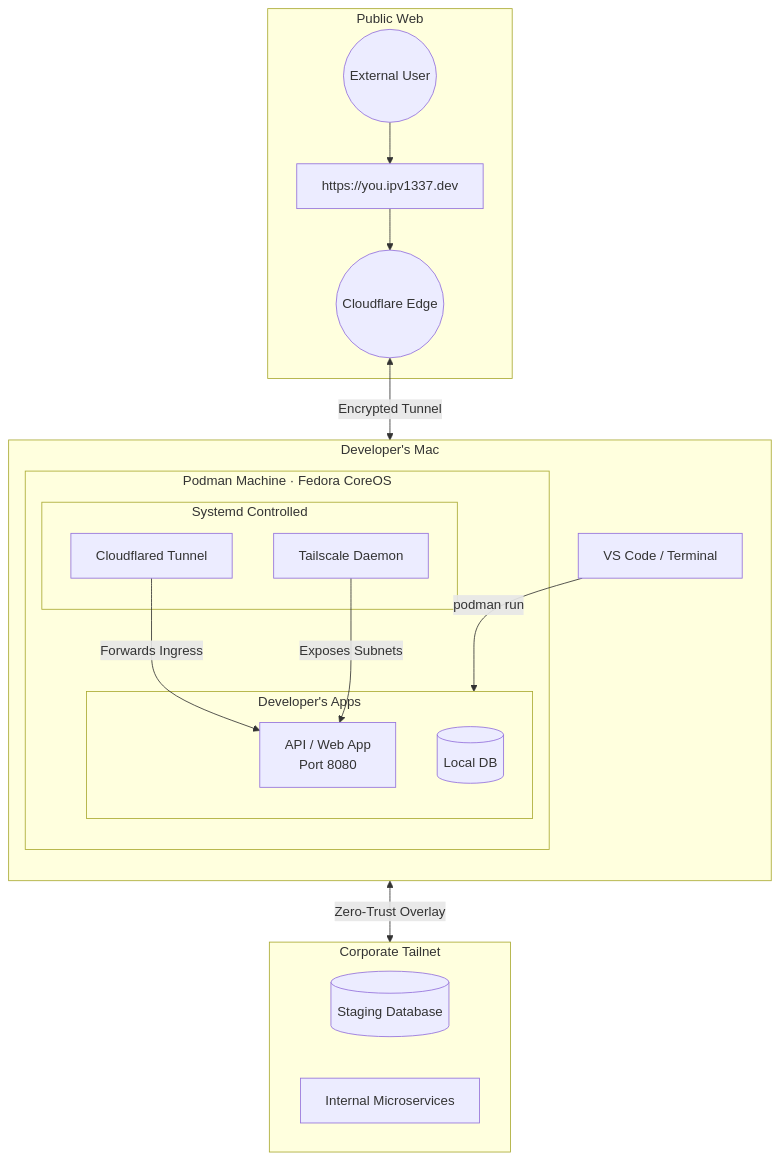
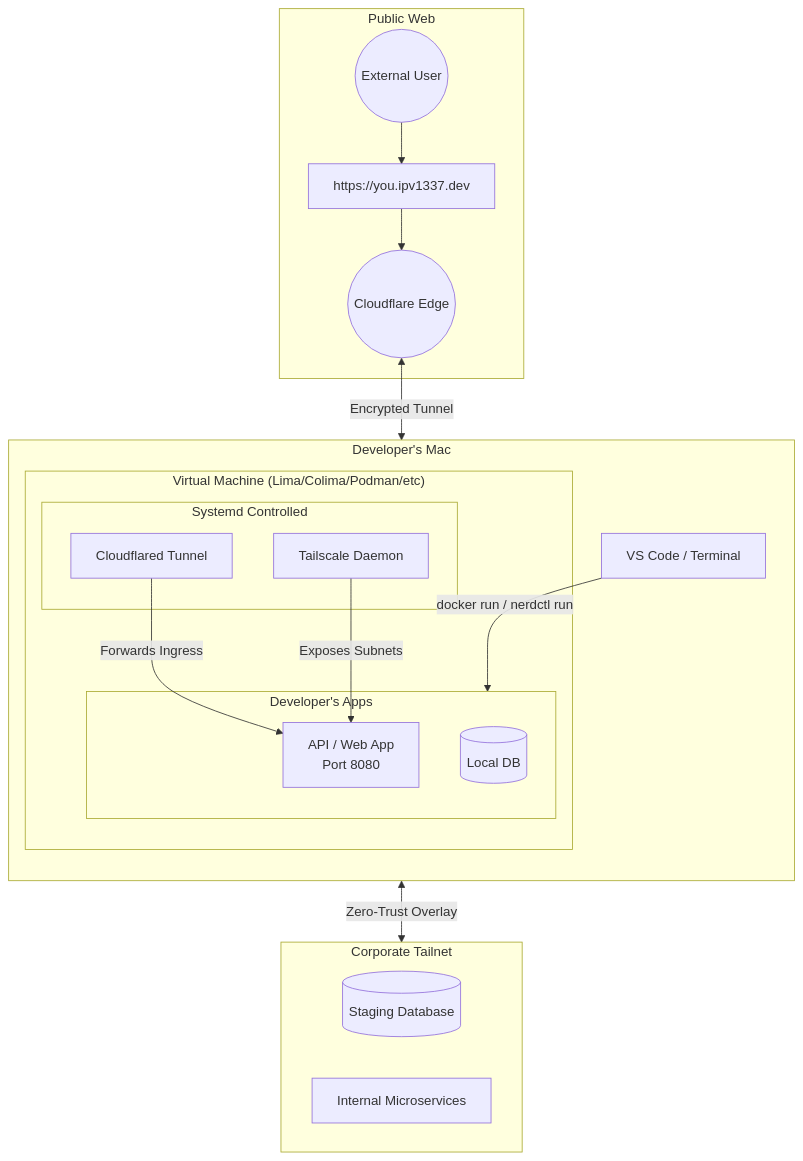
Before and after one commit to VitruvianSoftware/devx: the diagram in docs/guide/architecture.md, drawn with Mermaid. The commit also changed other lines of this file and 59 other files, not shown here.

Commit message:
feat: decouple CLI from Podman, support multi-provider virtualization (Lima, Colima, Docker, OrbStack) (#132)

````diff
--- a/docs/guide/architecture.md
+++ b/docs/guide/architecture.md
@@ -7,39 +7,39 @@
 ```mermaid
 flowchart TB
     subgraph devlaptop["Developer's Mac"]
         direction TB
-        Code["VS Code / Terminal"] -->|podman run| UserContainers
+        Code["VS Code / Terminal"] -->|docker run / nerdctl run| UserContainers
 
-        subgraph podmanvm["Podman Machine · Fedora CoreOS"]
+        subgraph vm["Virtual Machine (Lima/Colima/Podman/etc)"]
             subgraph daemons["Systemd Controlled"]
                 TS["Tailscale Daemon"]
                 CF["Cloudflared Tunnel"]
             end
 
             subgraph UserContainers["Developer's Apps"]
                 App["API / Web App<br/>Port 8080"]
                 DB[("Local DB")]
             end
 
             CF -->|Forwards Ingress| App
             TS -->|Exposes Subnets| App
         end
     end
 
     subgraph internet["Public Web"]
         CFEdge(("Cloudflare Edge"))
         PublicURL["https://you.ipv1337.dev"]
         ExternalUser(("External User"))
 
         ExternalUser --> PublicURL
         PublicURL --> CFEdge
     end
 
     subgraph tailnet["Corporate Tailnet"]
         StagingDB[("Staging Database")]
         InternalAPI["Internal Microservices"]
     end
 
     CFEdge <-->|Encrypted Tunnel| CF
     TS <-->|Zero-Trust Overlay| tailnet
 ```
````
